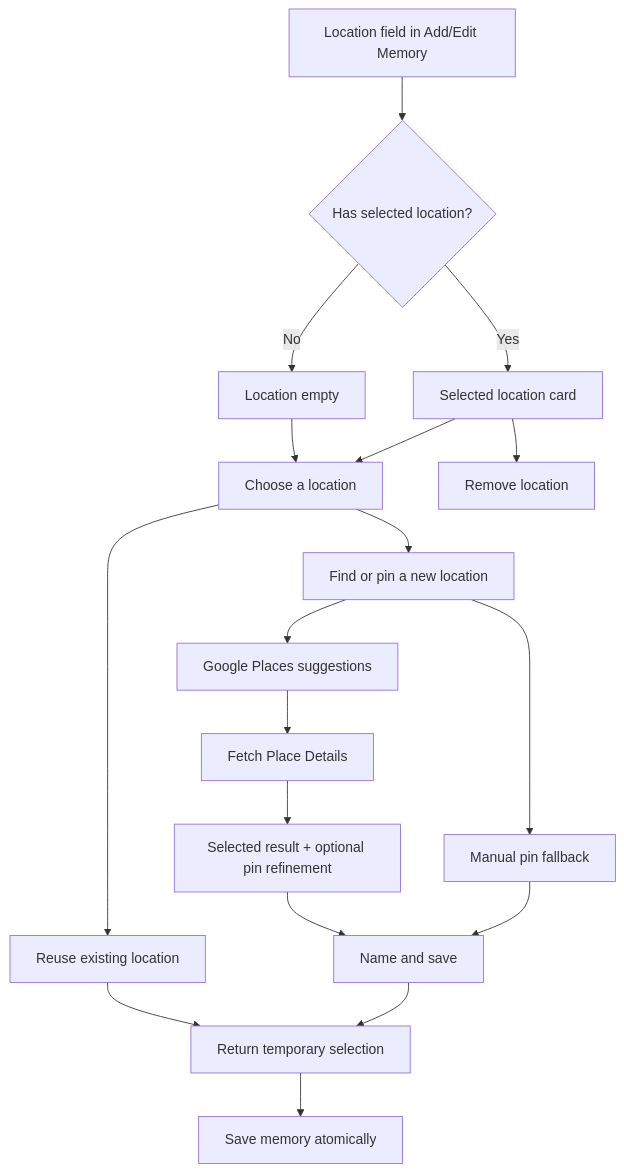
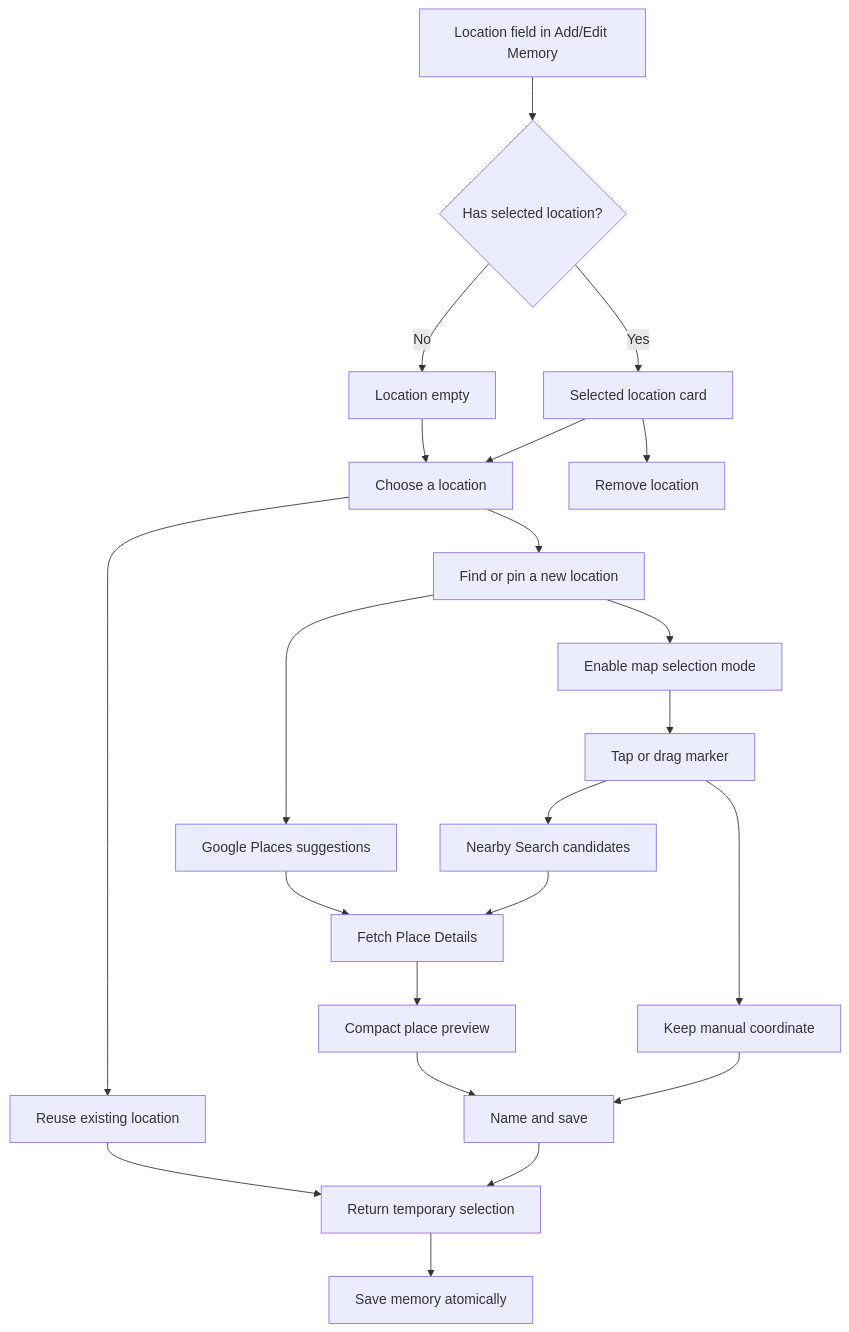
The third of 4 diagrams in docs/designs/love-journal-current-ui-ux.md (lehung1006/love-journal), drawn with Mermaid before and after one commit. The commit also changed other lines of this file and 79 other files, not shown here.

````diff
--- a/docs/designs/love-journal-current-ui-ux.md
+++ b/docs/designs/love-journal-current-ui-ux.md
@@ -522,20 +618,24 @@
 ```mermaid
 flowchart TD
   A["Location field in Add/Edit Memory"] --> B{"Has selected location?"}
   B -->|"No"| C["Location empty"]
   B -->|"Yes"| D["Selected location card"]
   C --> E["Choose a location"]
   D --> E
   D --> R["Remove location"]
   E --> F["Reuse existing location"]
   E --> G["Find or pin a new location"]
   G --> H["Google Places suggestions"]
   H --> I["Fetch Place Details"]
-  I --> J["Selected result + optional pin refinement"]
-  G --> K["Manual pin fallback"]
+  I --> J["Compact place preview"]
+  G --> K["Enable map selection mode"]
+  K --> O["Tap or drag marker"]
+  O --> P["Nearby Search candidates"]
+  P --> I
+  O --> Q["Keep manual coordinate"]
   J --> L["Name and save"]
-  K --> L
+  Q --> L
   F --> M["Return temporary selection"]
   L --> M
   M --> N["Save memory atomically"]
 ```
````
